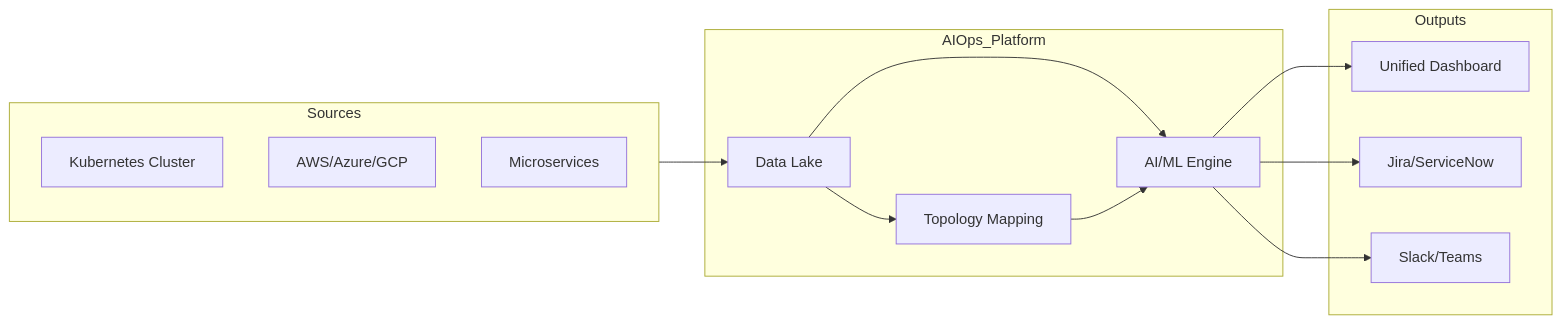
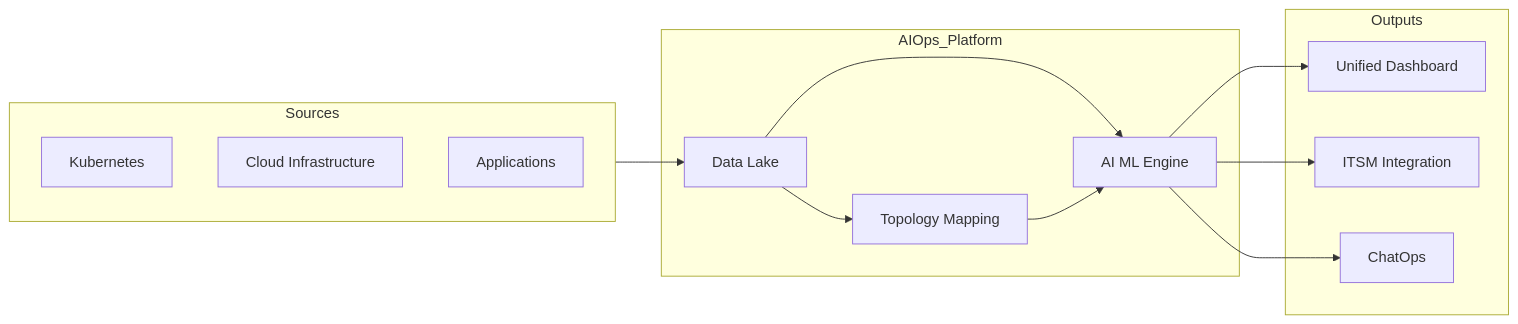
Before and after one commit to arira-ai/ar_aiops: the fifth of 5 diagrams in 01-Intro_to_AI/01-AiOps.md, drawn with Mermaid. The commit also changed other lines of this file, not shown here.

````diff
--- a/01-Intro_to_AI/01-AiOps.md
+++ b/01-Intro_to_AI/01-AiOps.md
@@ -101,29 +383,28 @@
 ```mermaid
 flowchart LR
     subgraph Sources
-        K8s[Kubernetes Cluster]
-        Cloud[AWS/Azure/GCP]
-        App[Microservices]
+        K8s[Kubernetes]
+        Cloud[Cloud Infrastructure]
+        App[Applications]
     end
 
     subgraph AIOps_Platform
         Ingest[Data Lake]
-        Model[AI/ML Engine]
         Context[Topology Mapping]
+        Model[AI ML Engine]
     end
 
     subgraph Outputs
         Dashboard[Unified Dashboard]
-        ITSM[Jira/ServiceNow]
-        ChatOps[Slack/Teams]
+        ITSM[ITSM Integration]
+        ChatOps[ChatOps]
     end
 
     Sources --> Ingest
     Ingest --> Model
     Ingest --> Context
+    Context --> Model
     Model --> Dashboard
     Model --> ITSM
     Model --> ChatOps
-    Context --> Model
-
 ```
````
